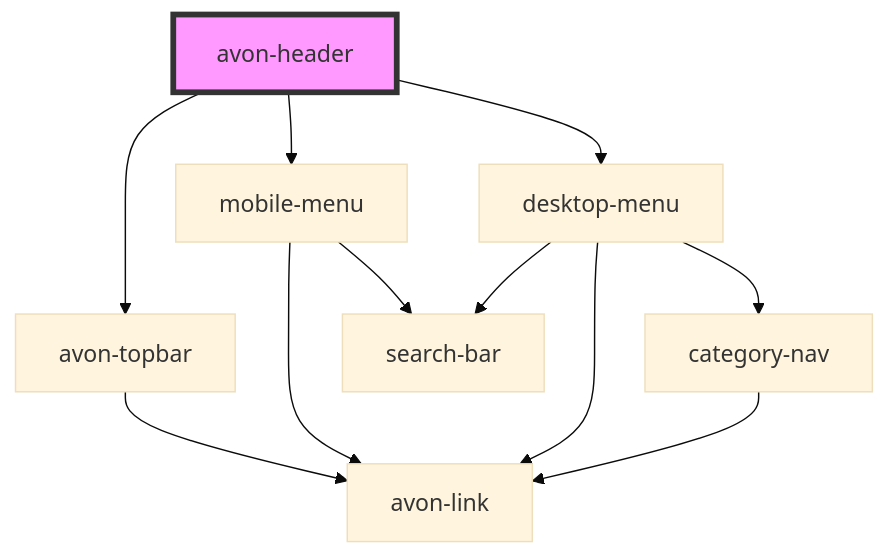
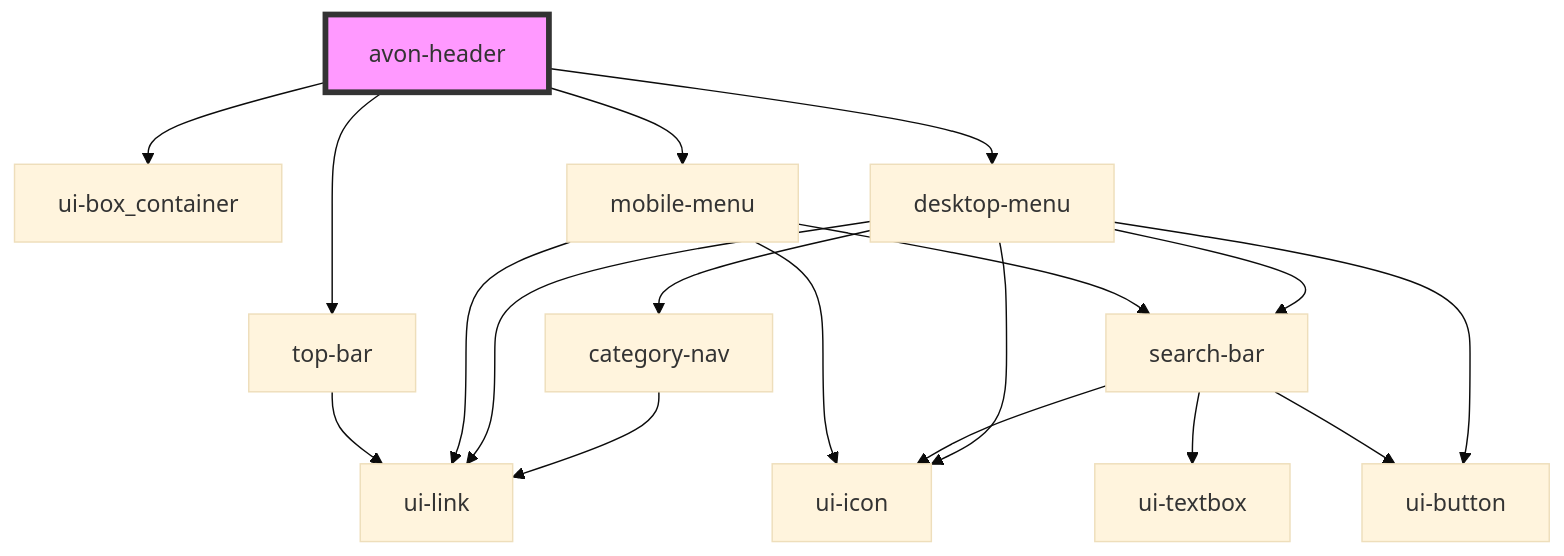
Before and after one commit to ankitghanekar-hcl/ui-shared-web-components: the diagram in src/components/avon-header/readme.md, drawn with Mermaid (base theme). The commit also changed other lines of this file and 33 other files, not shown here.

````diff
--- a/src/components/avon-header/readme.md
+++ b/src/components/avon-header/readme.md
@@ -21,14 +22,21 @@
 ```mermaid
 graph TD;
-  avon-header --> avon-topbar
+  avon-header --> ui-box_container
+  avon-header --> top-bar
   avon-header --> mobile-menu
   avon-header --> desktop-menu
-  avon-topbar --> avon-link
-  mobile-menu --> avon-link
+  top-bar --> ui-link
+  mobile-menu --> ui-icon
+  mobile-menu --> ui-link
   mobile-menu --> search-bar
+  search-bar --> ui-textbox
+  search-bar --> ui-button
+  search-bar --> ui-icon
   desktop-menu --> search-bar
-  desktop-menu --> avon-link
+  desktop-menu --> ui-button
+  desktop-menu --> ui-icon
+  desktop-menu --> ui-link
   desktop-menu --> category-nav
-  category-nav --> avon-link
+  category-nav --> ui-link
   style avon-header fill:#f9f,stroke:#333,stroke-width:4px
 ```
````
